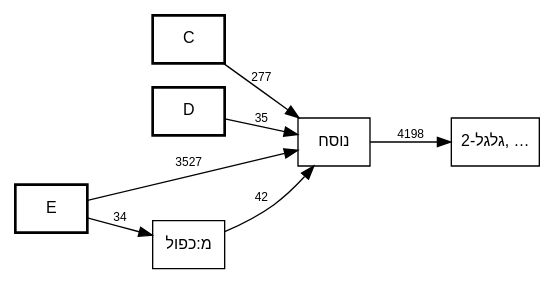
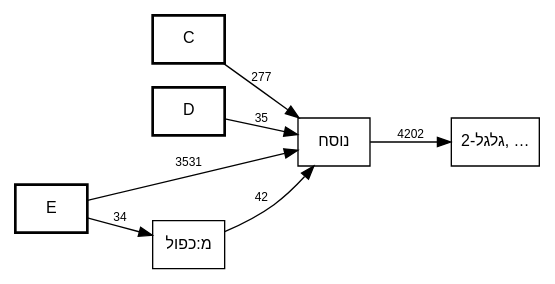
The diagram in out/MAM-tmpl-survey/plain-nusach-call-graph.dot (bdenckla/MAM-basics), drawn with Graphviz before and after one commit. The commit also changed 5 other files, not shown here.

```diff
--- a/out/MAM-tmpl-survey/plain-nusach-call-graph.dot
+++ b/out/MAM-tmpl-survey/plain-nusach-call-graph.dot
@@ -1,68 +1,68 @@
 digraph template_call_graph {
     rankdir=LR;
     node [fontname="SBL Hebrew,Helvetica", fontsize=12];
     edge [fontname="Helvetica", fontsize=9];
 
     // Column nodes
     node [shape=box, style=bold];
     "C";
     "D";
     "E";
 
     // Template nodes
     node [shape=box, style=""];
     "גלגל-2" [label="גלגל-2, …", tooltip="גלגל-2
 כו\"ק
 כתיב ולא קרי
 מ:אות מנוקדת
 מ:אות-ג
 מ:אות-ק
 מ:אין פרשה בתחילת פרק
 מ:אין פרשה בתחילת פרק בספרי אמ\"ת
 מ:גרש ותלישא גדולה
 מ:גרשיים ותלישא גדולה
 מ:דחי
 מ:טעם ומתג באות אחת
 מ:ירושלם
 מ:כו\"ק בין שני מקפים
 מ:כו\"ק כתיב מילה חדה וקרי תרתין מילין
 מ:כו\"ק כתיב מילה חדה וקרי תרתין מילין בין שני מקפים
 מ:כו\"ק כתיב תרתין מילין וקרי מילה חדה
 מ:כו\"ק קרי שונה מהכתיב בשתי מילים
 מ:כו\"ק של שלוש מילים בהערה אחת
 מ:כו\"ק של שתי מילים בהערה אחת
 מ:לגרמיה-2
 מ:מקף אפור
 מ:נו\"ן הפוכה
 מ:סיום בטוב
 מ:פסוק
 מ:פסק
 מ:צינור
 מ:קו\"כ כתיב מילה חדה וקרי תרתין מילין
 מ:קו\"כ קרי שונה מהכתיב בשתי מילים
 מ:קישור בהערה
 מ:קישור פנימי בהערה
 מ:קמץ
 מודגש
 סס
 ססס
 פפ
 פפפ
 קו\"כ
 קו\"כ-אם
 קרי ולא כתיב
 ר0
 ר1
 ר3
 ר4
 ש
 שני טעמים באות אחת קמץ-תחתון-פתח-עליון"];
 
     // Edges
     "C" -> "נוסח" [label="277"];
     "D" -> "נוסח" [label="35"];
     "E" -> "מ:כפול" [label="34"];
-    "E" -> "נוסח" [label="3527"];
+    "E" -> "נוסח" [label="3531"];
     "מ:כפול" -> "נוסח" [label="42"];
-    "נוסח" -> "גלגל-2" [label="4198"];
+    "נוסח" -> "גלגל-2" [label="4202"];
 }
```
